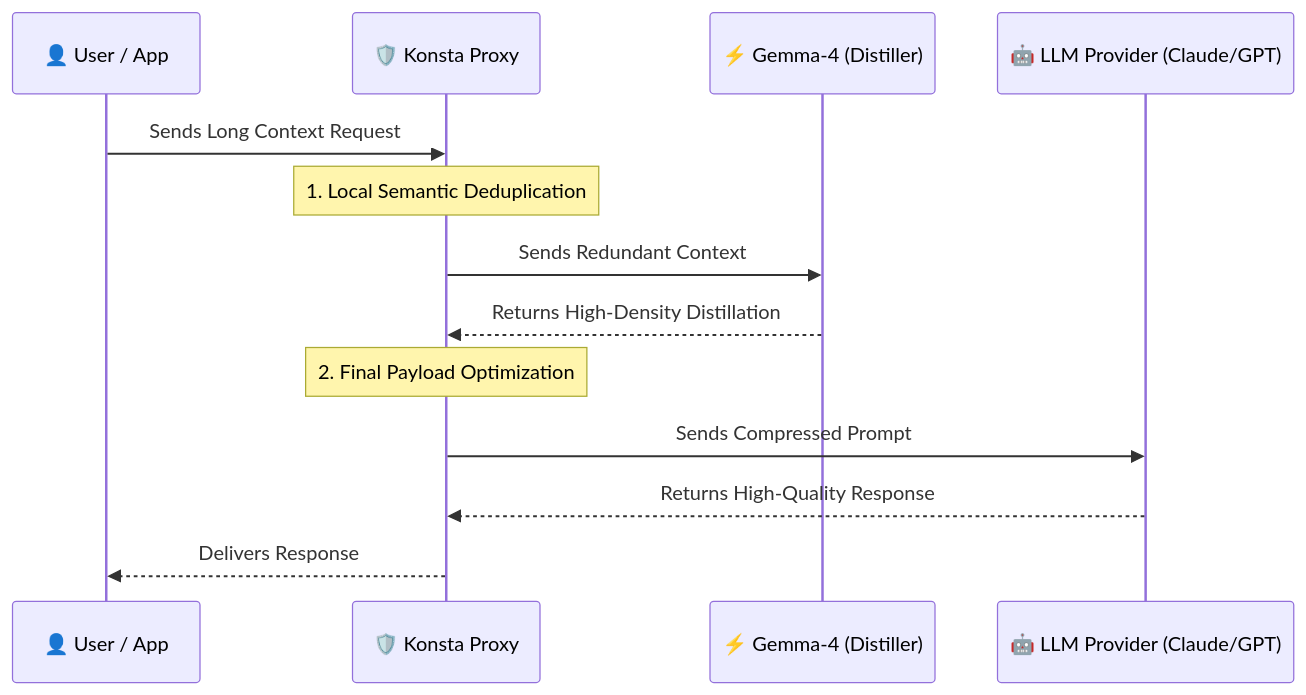
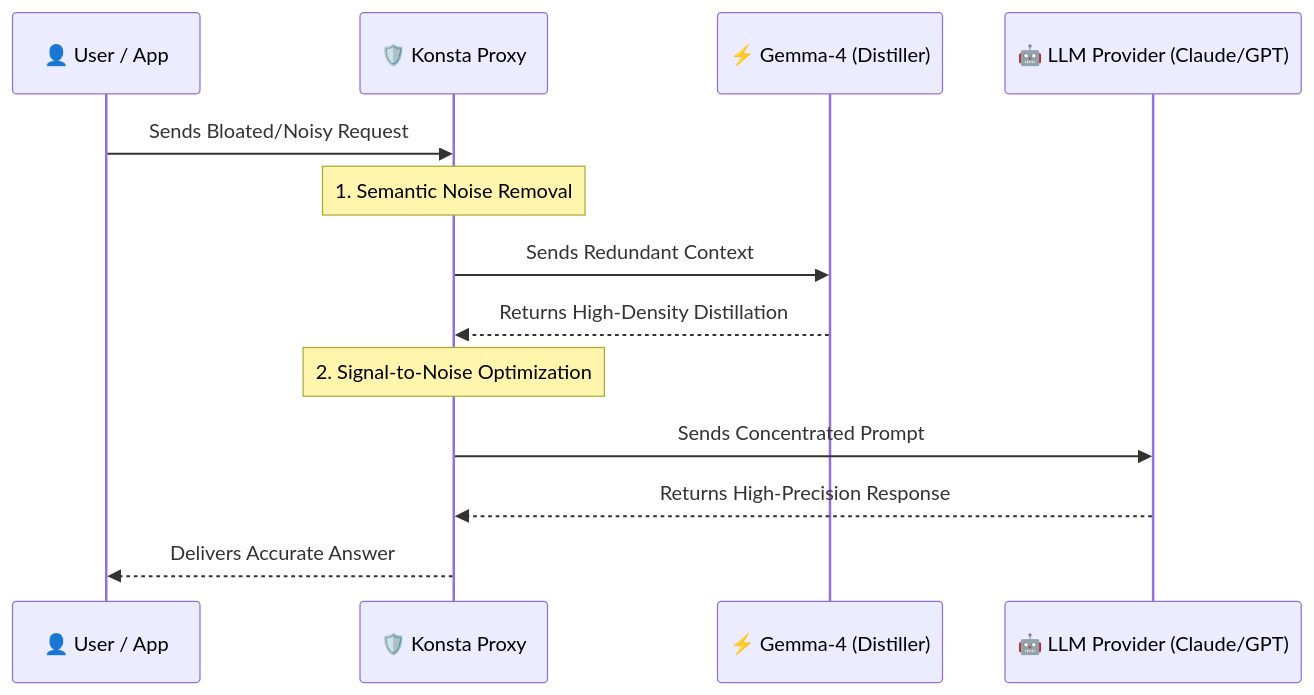
The diagram in README.md (QxFx0/Konsta), drawn with Mermaid before and after one commit. The commit also changed other lines of this file, not shown here.

Commit message:
docs: pivot to quality-first positioning

````diff
--- a/README.md
+++ b/README.md
@@ -28,16 +53,16 @@
 ```mermaid
 sequenceDiagram
     participant User as 👤 User / App
     participant Konsta as 🛡️ Konsta Proxy
     participant Distill as ⚡ Gemma-4 (Distiller)
     participant Provider as 🤖 LLM Provider (Claude/GPT)
 
-    User->>Konsta: Sends Long Context Request
-    Note over Konsta: 1. Local Semantic Deduplication
+    User->>Konsta: Sends Bloated/Noisy Request
+    Note over Konsta: 1. Semantic Noise Removal
     Konsta->>Distill: Sends Redundant Context
     Distill-->>Konsta: Returns High-Density Distillation
-    Note over Konsta: 2. Final Payload Optimization
-    Konsta->>Provider: Sends Compressed Prompt
-    Provider-->>Konsta: Returns High-Quality Response
-    Konsta-->>User: Delivers Response
+    Note over Konsta: 2. Signal-to-Noise Optimization
+    Konsta->>Provider: Sends Concentrated Prompt
+    Provider-->>Konsta: Returns High-Precision Response
+    Konsta-->>User: Delivers Accurate Answer
 ```
````
